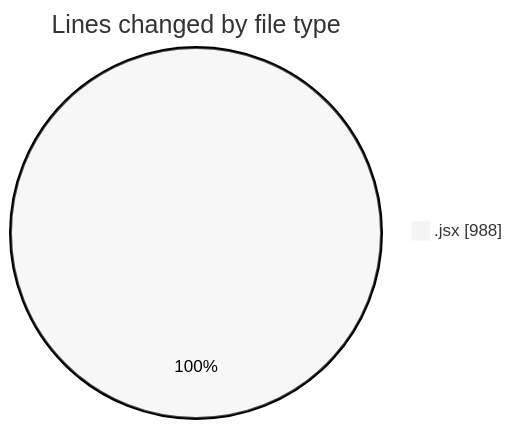
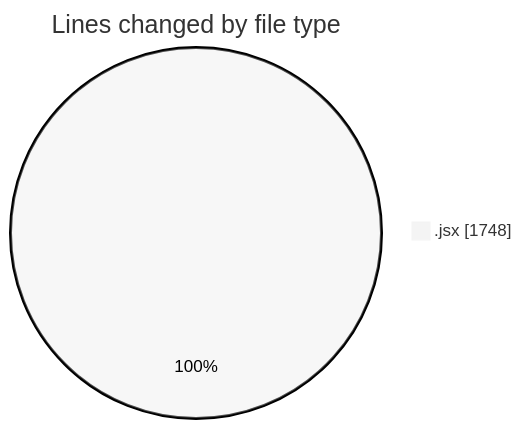
One commit to nxtqubesakshisongat/code-tracking changed the first of 2 diagrams in 2025-10-07/nxtqube_webapp/README.md. Above: the diagram before and after it, drawn with Mermaid (neutral theme). The commit also changed other lines of this file and 1 other file, not shown here.

````diff
--- a/2025-10-07/nxtqube_webapp/README.md
+++ b/2025-10-07/nxtqube_webapp/README.md
@@ -20,5 +20,5 @@
 ```mermaid
 pie showData
 title Lines changed by file type
-".jsx" : 988
+".jsx" : 1748
 ```
````
